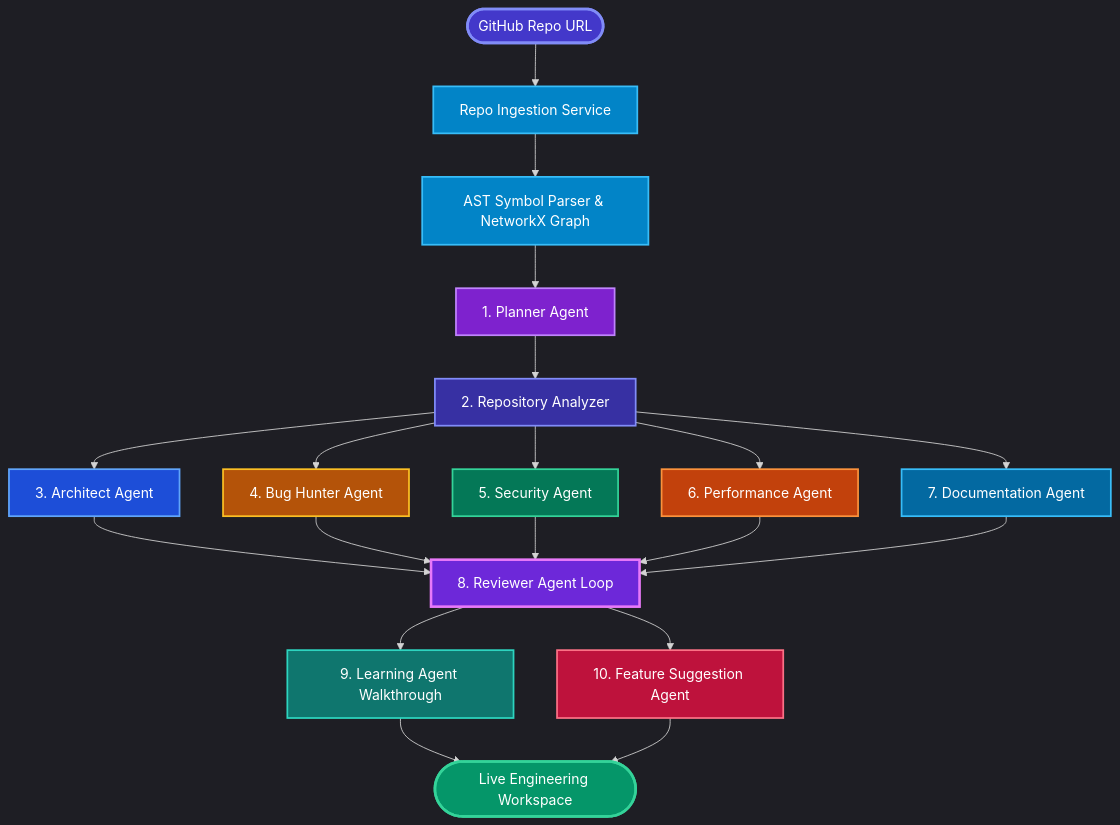
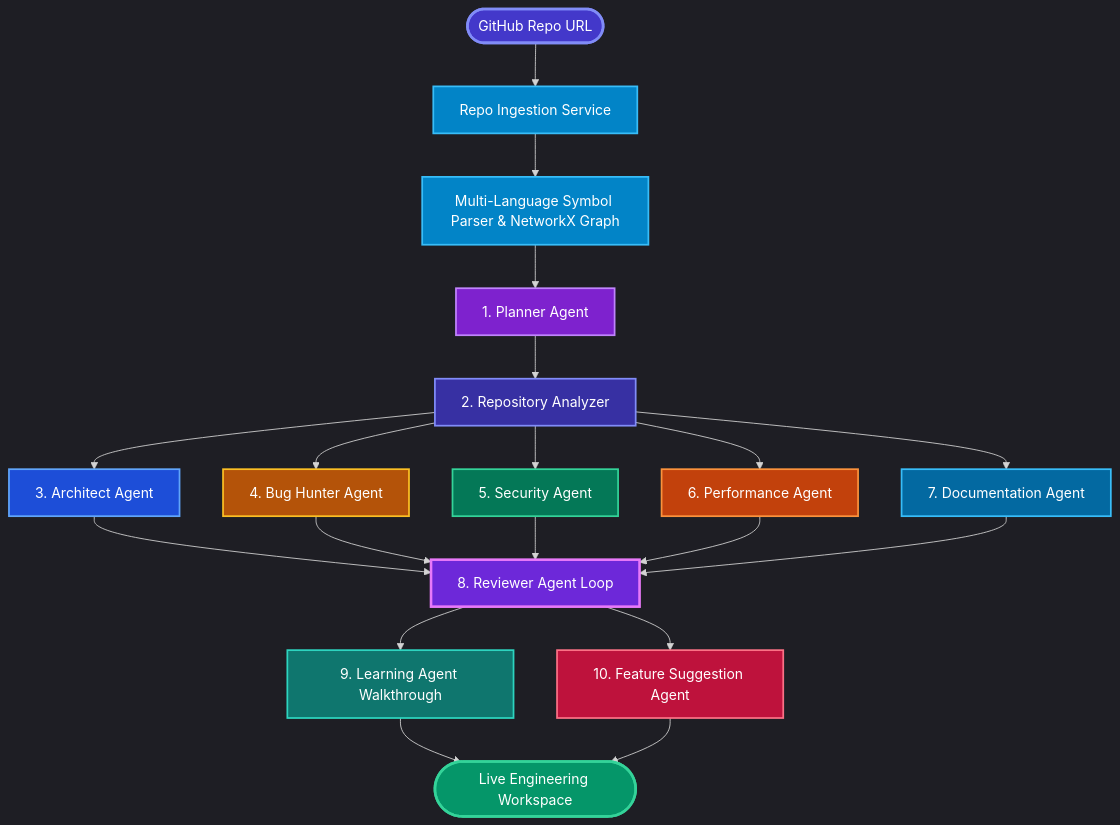
The first of 4 diagrams in README.md (himanshu-jadhav108/RepoMind-AI), drawn with Mermaid before and after one commit. The commit also changed other lines of this file and 3 other files, not shown here.

Commit message:
docs: add setup guide, agent definitions, and system architecture documentation

````diff
--- a/README.md
+++ b/README.md
@@ -212,40 +212,40 @@
 ```mermaid
 %%{init: {'theme': 'dark'}}%%
 graph TD
     classDef userFill fill:#4338ca,stroke:#818cf8,stroke-width:3px,color:#ffffff;
     classDef ingestFill fill:#0284c7,stroke:#38bdf8,stroke-width:2px,color:#ffffff;
     classDef plannerFill fill:#7e22ce,stroke:#c084fc,stroke-width:2px,color:#ffffff;
     classDef analyzerFill fill:#3730a3,stroke:#818cf8,stroke-width:2px,color:#ffffff;
     classDef architectFill fill:#1d4ed8,stroke:#60a5fa,stroke-width:2px,color:#ffffff;
     classDef bughunterFill fill:#b45309,stroke:#fbbf24,stroke-width:2px,color:#ffffff;
     classDef securityFill fill:#047857,stroke:#34d399,stroke-width:2px,color:#ffffff;
     classDef perfFill fill:#c2410c,stroke:#fb923c,stroke-width:2px,color:#ffffff;
     classDef docsFill fill:#0369a1,stroke:#38bdf8,stroke-width:2px,color:#ffffff;
     classDef reviewerFill fill:#6d28d9,stroke:#e879f9,stroke-width:3px,color:#ffffff;
     classDef learningFill fill:#0f766e,stroke:#2dd4bf,stroke-width:2px,color:#ffffff;
     classDef suggestionFill fill:#be123c,stroke:#fb7185,stroke-width:2px,color:#ffffff;
     classDef outputFill fill:#059669,stroke:#34d399,stroke-width:3px,color:#ffffff;
 
     User([GitHub Repo URL]):::userFill --> Ingest[Repo Ingestion Service]:::ingestFill
-    Ingest --> AST[AST Symbol Parser & NetworkX Graph]:::ingestFill
-    AST --> Planner[1. Planner Agent]:::plannerFill
+    Ingest --> Parser[Multi-Language Symbol Parser & NetworkX Graph]:::ingestFill
+    Parser --> Planner[1. Planner Agent]:::plannerFill
 
     Planner --> Analyzer[2. Repository Analyzer]:::analyzerFill
     Analyzer --> Architect[3. Architect Agent]:::architectFill
     Analyzer --> BugHunter[4. Bug Hunter Agent]:::bughunterFill
     Analyzer --> Security[5. Security Agent]:::securityFill
     Analyzer --> Perf[6. Performance Agent]:::perfFill
     Analyzer --> Docs[7. Documentation Agent]:::docsFill
 
     Architect --> Reviewer[8. Reviewer Agent Loop]:::reviewerFill
     BugHunter --> Reviewer
     Security --> Reviewer
     Perf --> Reviewer
     Docs --> Reviewer
 
     Reviewer --> Learning[9. Learning Agent Walkthrough]:::learningFill
     Reviewer --> Suggestion[10. Feature Suggestion Agent]:::suggestionFill
 
     Learning --> Workspace([Live Engineering Workspace]):::outputFill
     Suggestion --> Workspace
 ```
````
